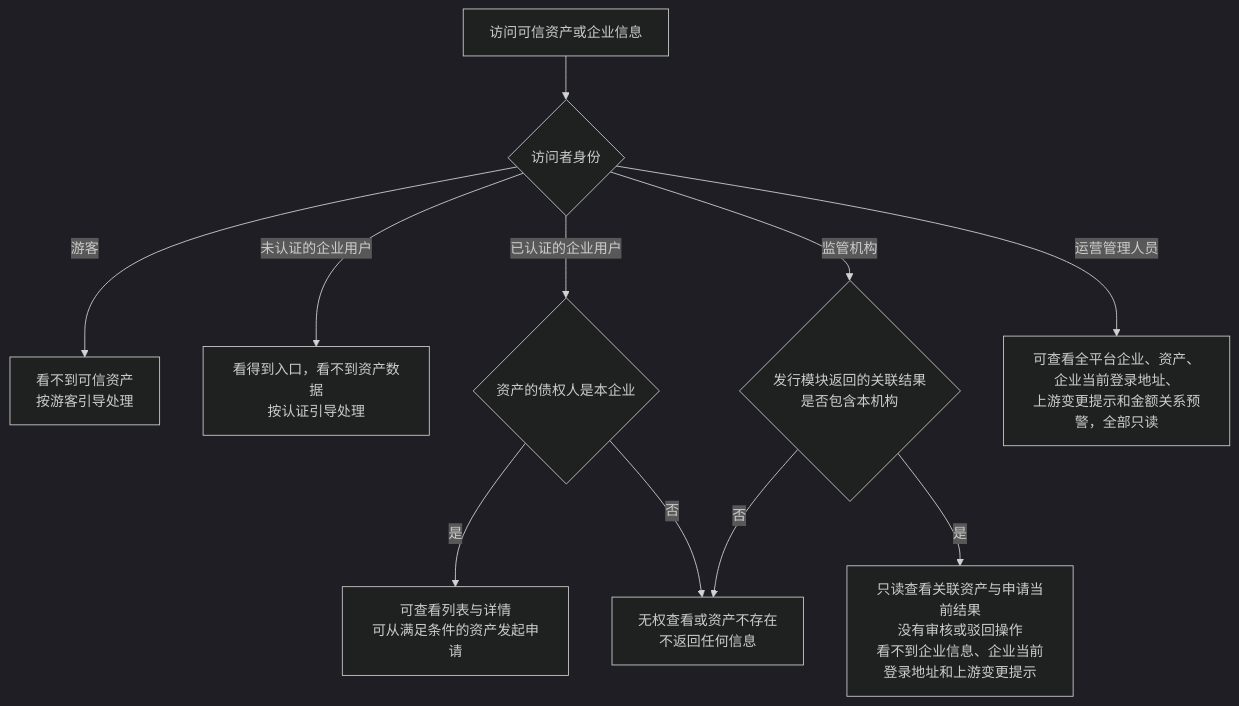
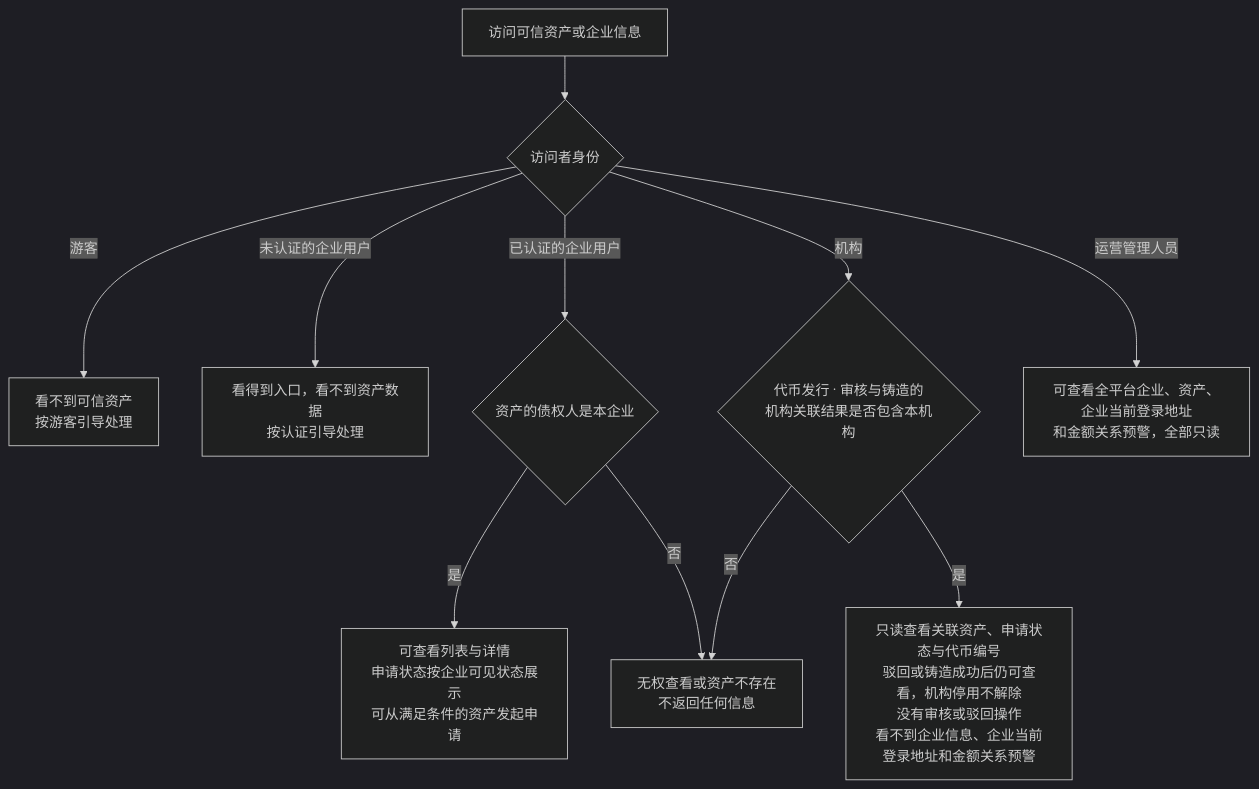
Before and after one commit to wxblockchain/Chain-Financing: the sixth of 6 diagrams in token-issuance-platform/PRD/两端共用/M2-可信资产/02-可信资产-流程图与状态机.md, drawn with Mermaid (dark theme). The commit also changed other lines of this file and 35 other files, not shown here.

````diff
--- a/token-issuance-platform/PRD/两端共用/M2-可信资产/02-可信资产-流程图与状态机.md
+++ b/token-issuance-platform/PRD/两端共用/M2-可信资产/02-可信资产-流程图与状态机.md
@@ -114,13 +107,13 @@
 ```mermaid
 flowchart TD
     A[访问可信资产或企业信息] --> B{访问者身份}
     B -->|游客| G[看不到可信资产<br/>按游客引导处理]
     B -->|未认证的企业用户| U[看得到入口，看不到资产数据<br/>按认证引导处理]
     B -->|已认证的企业用户| C{资产的债权人是本企业}
-    C -->|是| C1[可查看列表与详情<br/>可从满足条件的资产发起申请]
+    C -->|是| C1[可查看列表与详情<br/>申请状态按企业可见状态展示<br/>可从满足条件的资产发起申请]
     C -->|否| N[无权查看或资产不存在<br/>不返回任何信息]
-    B -->|监管机构| D{发行模块返回的关联结果<br/>是否包含本机构}
-    D -->|是| D1[只读查看关联资产与申请当前结果<br/>没有审核或驳回操作<br/>看不到企业信息、企业当前登录地址和上游变更提示]
+    B -->|机构| D{代币发行 · 审核与铸造的<br/>机构关联结果是否包含本机构}
+    D -->|是| D1[只读查看关联资产、申请状态与代币编号<br/>驳回或铸造成功后仍可查看，机构停用不解除<br/>没有审核或驳回操作<br/>看不到企业信息、企业当前登录地址和金额关系预警]
     D -->|否| N
-    B -->|运营管理人员| E[可查看全平台企业、资产、企业当前登录地址、<br/>上游变更提示和金额关系预警，全部只读]
+    B -->|运营管理人员| E[可查看全平台企业、资产、企业当前登录地址<br/>和金额关系预警，全部只读]
 ```
````
